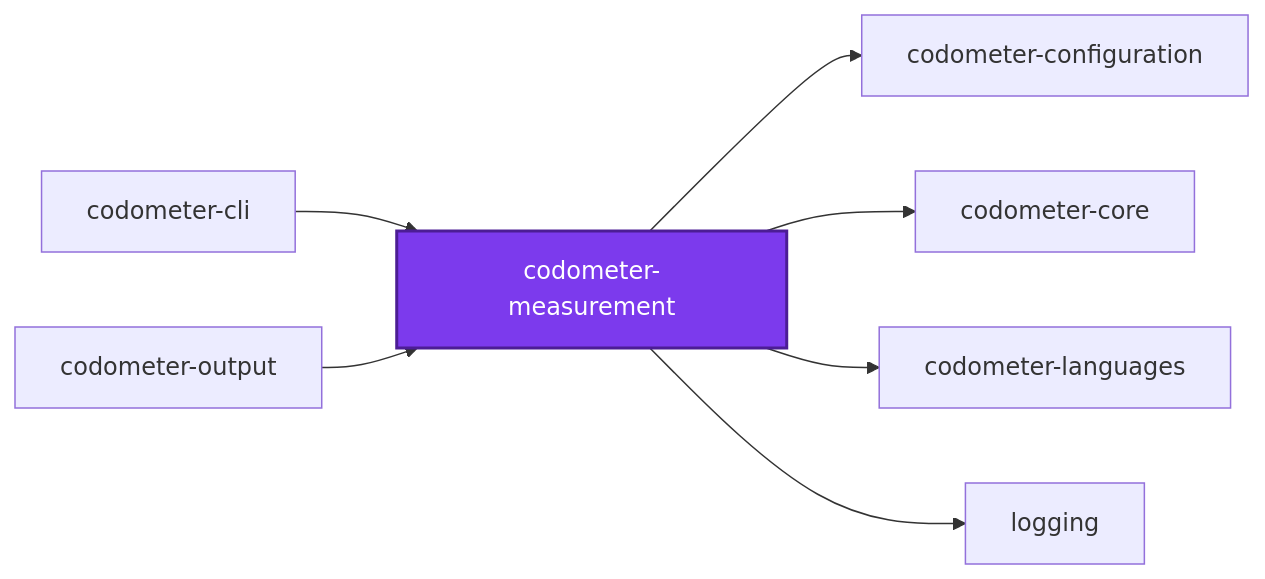
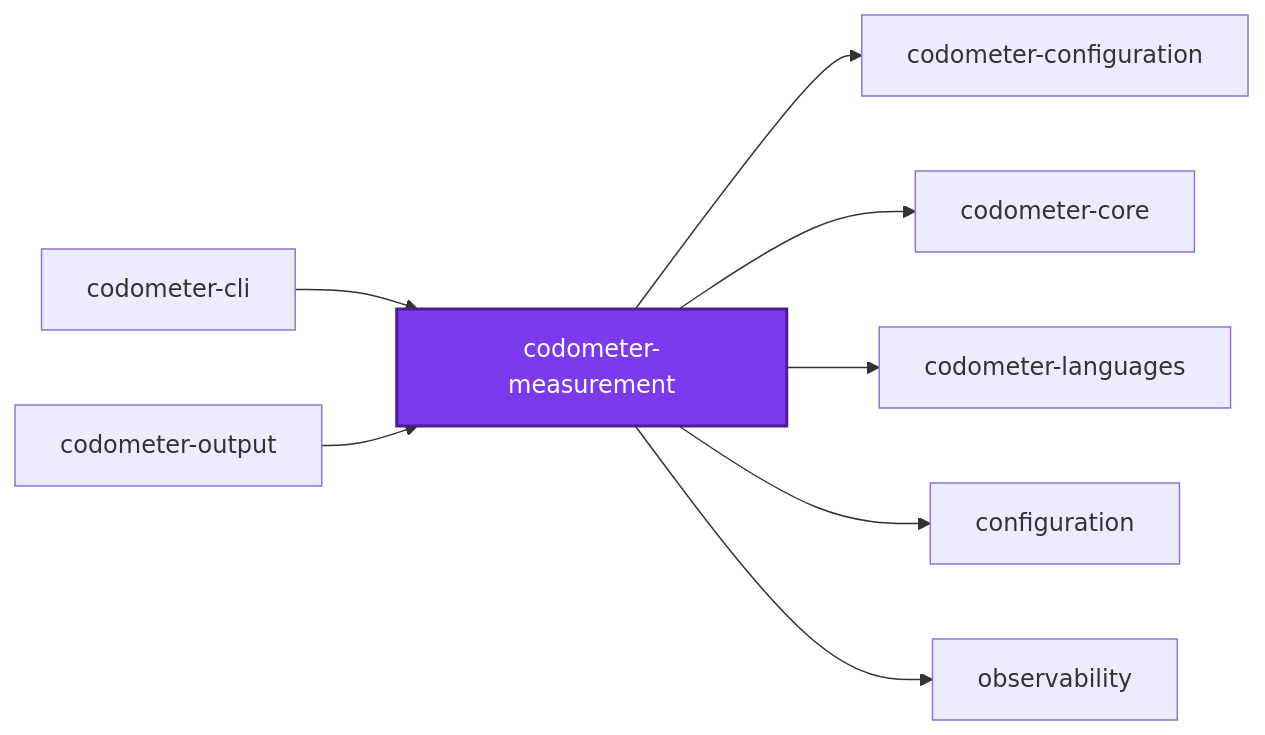
One commit to organizzolini/codebase changed the first of 3 diagrams in projects/ic-suite/codometer/codometer-measurement/README.md. Above: the diagram before and after it, drawn with Mermaid. The commit also changed 68 other files, not shown here.

````diff
--- a/projects/ic-suite/codometer/codometer-measurement/README.md
+++ b/projects/ic-suite/codometer/codometer-measurement/README.md
@@ -32,18 +32,20 @@
 ```mermaid
 graph LR
   codometer_cli["codometer-cli"]
   codometer_configuration["codometer-configuration"]
   codometer_core["codometer-core"]
   codometer_languages["codometer-languages"]
   codometer_measurement["codometer-measurement"]
   codometer_output["codometer-output"]
-  logging["logging"]
+  configuration["configuration"]
+  observability["observability"]
   codometer_cli --> codometer_measurement
   codometer_measurement --> codometer_configuration
   codometer_measurement --> codometer_core
   codometer_measurement --> codometer_languages
-  codometer_measurement --> logging
+  codometer_measurement --> configuration
+  codometer_measurement --> observability
   codometer_output --> codometer_measurement
   classDef subject fill:#7c3aed,color:#fff,stroke:#4c1d95,stroke-width:2px
   class codometer_measurement subject
 ```
````
